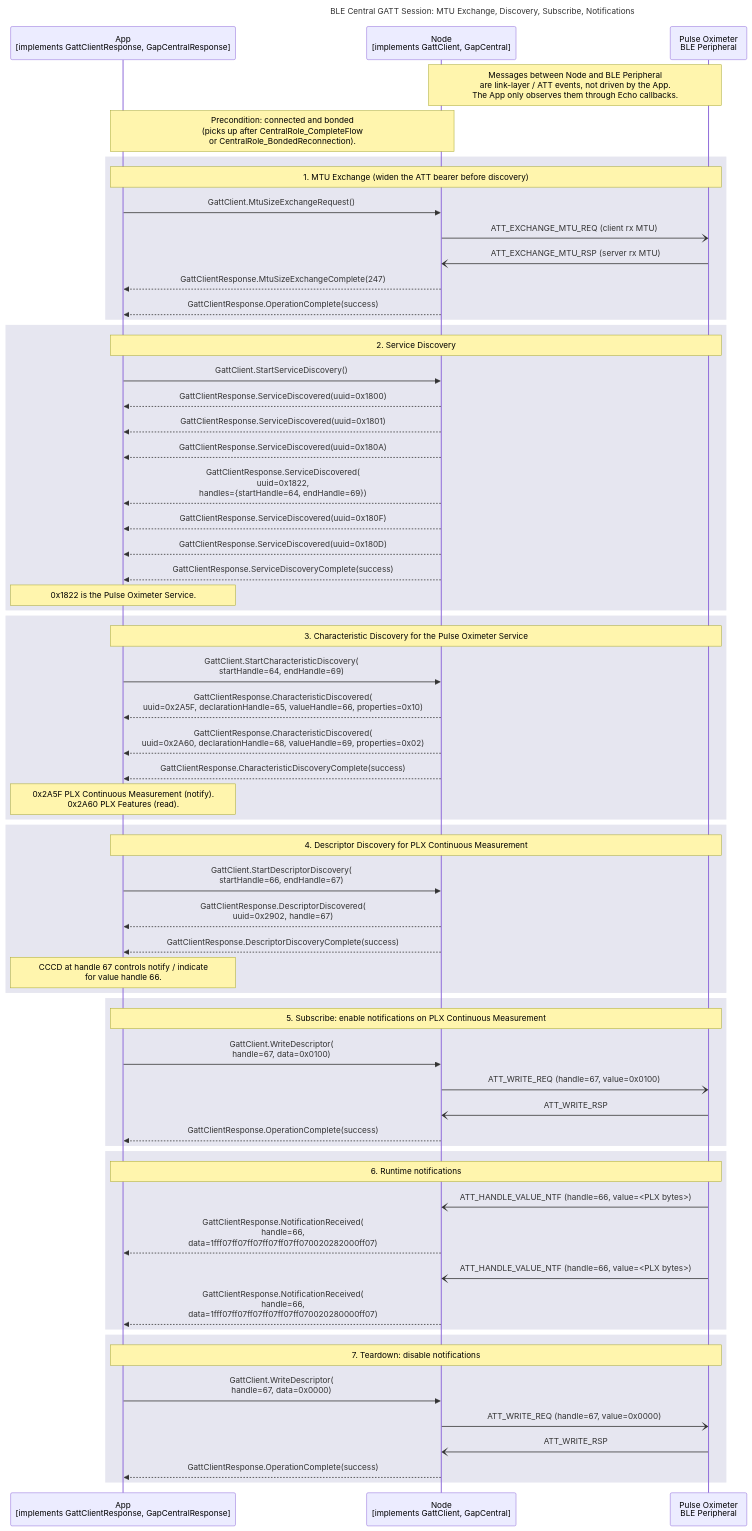
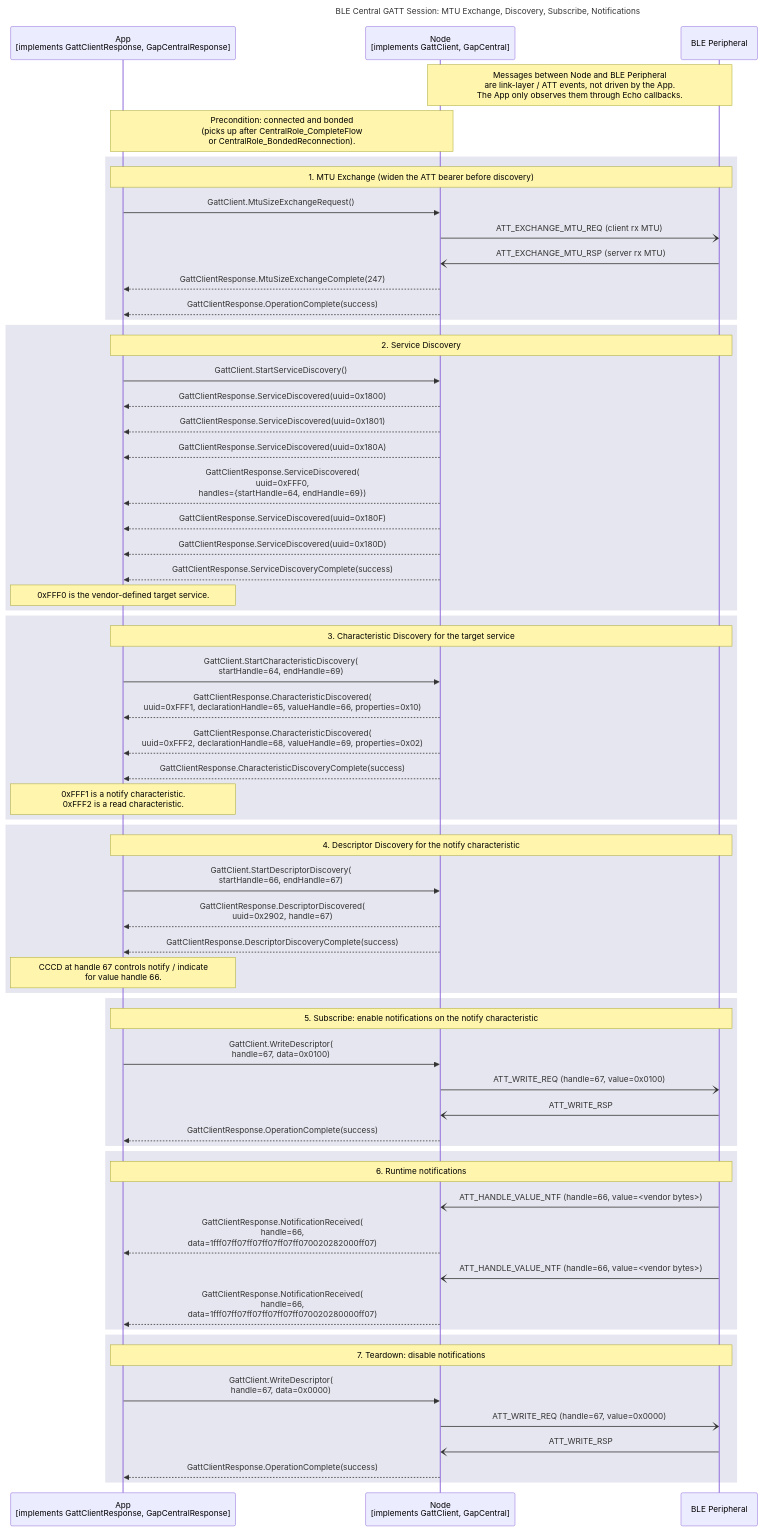
Before and after one commit to philips-software/amp-embedded-infra-lib: the diagram in documents/modules/ROOT/partials/echoservices/composite_flows/CentralRole_GattSession_sequence.mmd, drawn with Mermaid. The commit also changed 7 other files, not shown here.

```diff
--- a/documents/modules/ROOT/partials/echoservices/composite_flows/CentralRole_GattSession_sequence.mmd
+++ b/documents/modules/ROOT/partials/echoservices/composite_flows/CentralRole_GattSession_sequence.mmd
@@ -1,73 +1,73 @@
 sequenceDiagram
     title BLE Central GATT Session: MTU Exchange, Discovery, Subscribe, Notifications
 
     participant App as App<br>[implements GattClientResponse, GapCentralResponse]
     participant Node as Node<br>[implements GattClient, GapCentral]
-    participant Peripheral as Pulse Oximeter<br>BLE Peripheral
+    participant Peripheral as BLE Peripheral
 
     Note over Node, Peripheral: Messages between Node and BLE Peripheral<br>are link-layer / ATT events, not driven by the App.<br>The App only observes them through Echo callbacks.
     Note over App, Node: Precondition: connected and bonded<br>(picks up after CentralRole_CompleteFlow<br>or CentralRole_BondedReconnection).
 
     rect rgb(230, 230, 240)
         note over App, Peripheral: 1. MTU Exchange (widen the ATT bearer before discovery)
         App->>Node: GattClient.MtuSizeExchangeRequest()
         Node-)Peripheral: ATT_EXCHANGE_MTU_REQ (client rx MTU)
         Peripheral-)Node: ATT_EXCHANGE_MTU_RSP (server rx MTU)
         Node-->>App: GattClientResponse.MtuSizeExchangeComplete(247)
         Node-->>App: GattClientResponse.OperationComplete(success)
     end
 
     rect rgb(230, 230, 240)
         note over App, Peripheral: 2. Service Discovery
         App->>Node: GattClient.StartServiceDiscovery()
         Node-->>App: GattClientResponse.ServiceDiscovered(uuid=0x1800)
         Node-->>App: GattClientResponse.ServiceDiscovered(uuid=0x1801)
         Node-->>App: GattClientResponse.ServiceDiscovered(uuid=0x180A)
-        Node-->>App: GattClientResponse.ServiceDiscovered(<br>uuid=0x1822,<br>handles={startHandle=64, endHandle=69})
+        Node-->>App: GattClientResponse.ServiceDiscovered(<br>uuid=0xFFF0,<br>handles={startHandle=64, endHandle=69})
         Node-->>App: GattClientResponse.ServiceDiscovered(uuid=0x180F)
         Node-->>App: GattClientResponse.ServiceDiscovered(uuid=0x180D)
         Node-->>App: GattClientResponse.ServiceDiscoveryComplete(success)
-        note over App: 0x1822 is the Pulse Oximeter Service.
+        note over App: 0xFFF0 is the vendor-defined target service.
     end
 
     rect rgb(230, 230, 240)
-        note over App, Peripheral: 3. Characteristic Discovery for the Pulse Oximeter Service
+        note over App, Peripheral: 3. Characteristic Discovery for the target service
         App->>Node: GattClient.StartCharacteristicDiscovery(<br>startHandle=64, endHandle=69)
-        Node-->>App: GattClientResponse.CharacteristicDiscovered(<br>uuid=0x2A5F, declarationHandle=65, valueHandle=66, properties=0x10)
-        Node-->>App: GattClientResponse.CharacteristicDiscovered(<br>uuid=0x2A60, declarationHandle=68, valueHandle=69, properties=0x02)
+        Node-->>App: GattClientResponse.CharacteristicDiscovered(<br>uuid=0xFFF1, declarationHandle=65, valueHandle=66, properties=0x10)
+        Node-->>App: GattClientResponse.CharacteristicDiscovered(<br>uuid=0xFFF2, declarationHandle=68, valueHandle=69, properties=0x02)
         Node-->>App: GattClientResponse.CharacteristicDiscoveryComplete(success)
-        note over App: 0x2A5F PLX Continuous Measurement (notify).<br>0x2A60 PLX Features (read).
+        note over App: 0xFFF1 is a notify characteristic.<br>0xFFF2 is a read characteristic.
     end
 
     rect rgb(230, 230, 240)
-        note over App, Peripheral: 4. Descriptor Discovery for PLX Continuous Measurement
+        note over App, Peripheral: 4. Descriptor Discovery for the notify characteristic
         App->>Node: GattClient.StartDescriptorDiscovery(<br>startHandle=66, endHandle=67)
         Node-->>App: GattClientResponse.DescriptorDiscovered(<br>uuid=0x2902, handle=67)
         Node-->>App: GattClientResponse.DescriptorDiscoveryComplete(success)
         note over App: CCCD at handle 67 controls notify / indicate<br>for value handle 66.
     end
 
     rect rgb(230, 230, 240)
-        note over App, Peripheral: 5. Subscribe: enable notifications on PLX Continuous Measurement
+        note over App, Peripheral: 5. Subscribe: enable notifications on the notify characteristic
         App->>Node: GattClient.WriteDescriptor(<br>handle=67, data=0x0100)
         Node-)Peripheral: ATT_WRITE_REQ (handle=67, value=0x0100)
         Peripheral-)Node: ATT_WRITE_RSP
         Node-->>App: GattClientResponse.OperationComplete(success)
     end
 
     rect rgb(230, 230, 240)
         note over App, Peripheral: 6. Runtime notifications
-        Peripheral-)Node: ATT_HANDLE_VALUE_NTF (handle=66, value=<PLX bytes>)
+        Peripheral-)Node: ATT_HANDLE_VALUE_NTF (handle=66, value=<vendor bytes>)
         Node-->>App: GattClientResponse.NotificationReceived(<br>handle=66,<br>data=1fff07ff07ff07ff07ff07ff070020282000ff07)
 
-        Peripheral-)Node: ATT_HANDLE_VALUE_NTF (handle=66, value=<PLX bytes>)
+        Peripheral-)Node: ATT_HANDLE_VALUE_NTF (handle=66, value=<vendor bytes>)
         Node-->>App: GattClientResponse.NotificationReceived(<br>handle=66,<br>data=1fff07ff07ff07ff07ff07ff070020280000ff07)
     end
 
     rect rgb(230, 230, 240)
         note over App, Peripheral: 7. Teardown: disable notifications
         App->>Node: GattClient.WriteDescriptor(<br>handle=67, data=0x0000)
         Node-)Peripheral: ATT_WRITE_REQ (handle=67, value=0x0000)
         Peripheral-)Node: ATT_WRITE_RSP
         Node-->>App: GattClientResponse.OperationComplete(success)
     end
```
